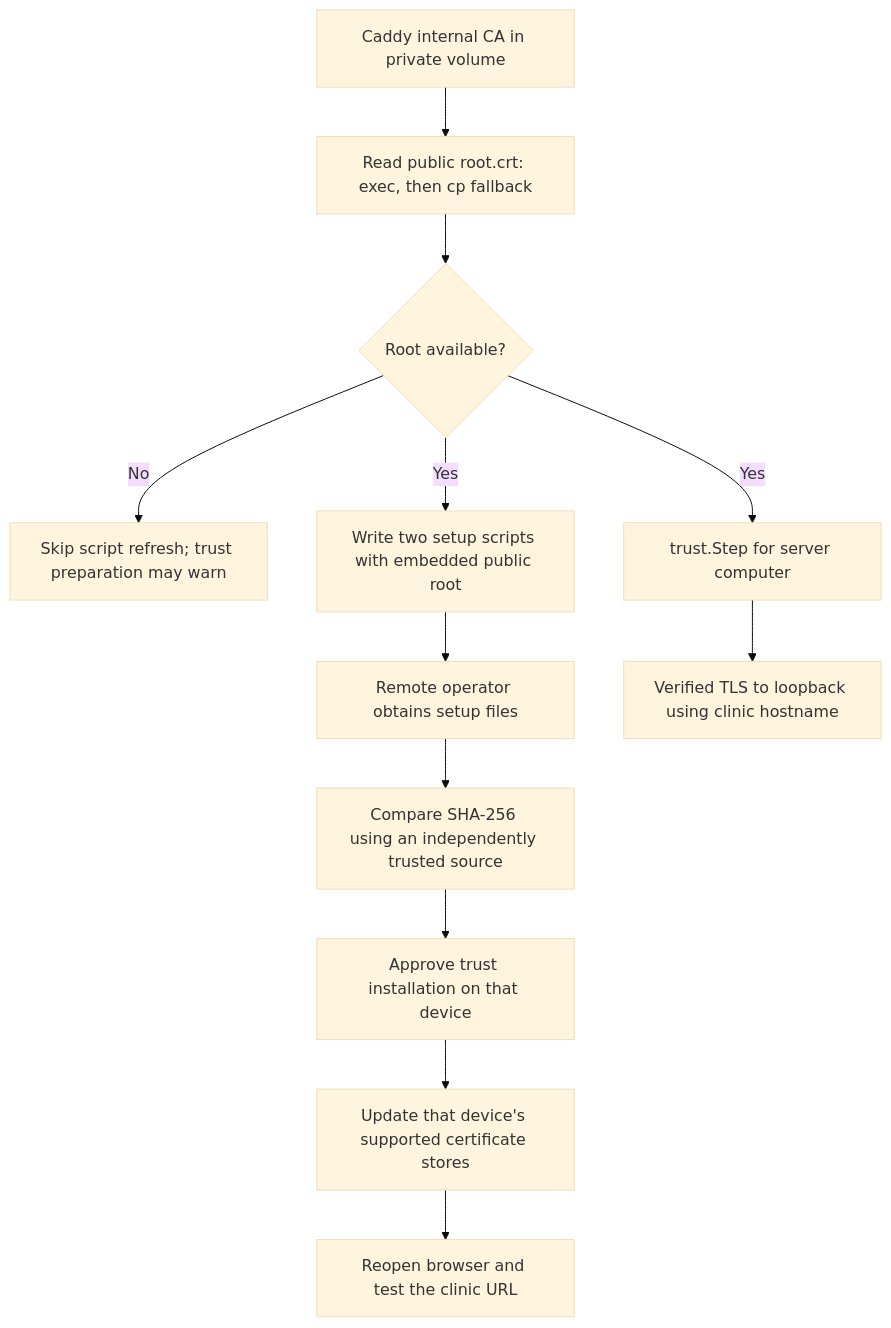
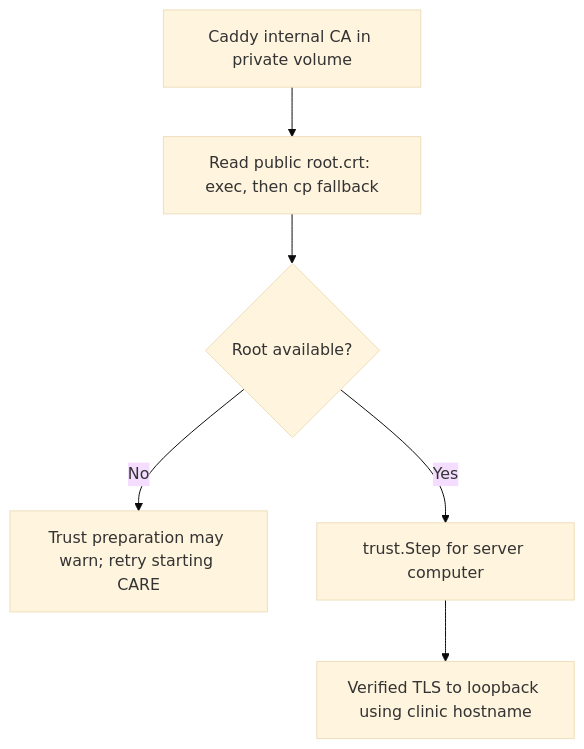
Before and after one commit to ohcnetwork/care_desktop: the third of 6 diagrams in docs/native-integrations.md, drawn with Mermaid (base theme). The commit also changed other lines of this file and 50 other files, not shown here.

````diff
--- a/docs/native-integrations.md
+++ b/docs/native-integrations.md
@@ -510,14 +539,8 @@
 ```mermaid
 flowchart TD
     Caddy["Caddy internal CA in private volume"] --> Root["Read public root.crt: exec, then cp fallback"]
     Root --> Available{"Root available?"}
-    Available -- No --> Deferred["Skip script refresh; trust preparation may warn"]
+    Available -- No --> Deferred["Trust preparation may warn; retry starting CARE"]
     Available -- Yes --> Local["trust.Step for server computer"]
-    Available -- Yes --> Scripts["Write two setup scripts with embedded public root"]
-    Scripts --> Download["Remote operator obtains setup files"]
-    Download --> Compare["Compare SHA-256 using an independently trusted source"]
-    Compare --> Approve["Approve trust installation on that device"]
-    Approve --> Store["Update that device's supported certificate stores"]
-    Store --> Browser["Reopen browser and test the clinic URL"]
     Local --> LocalCheck["Verified TLS to loopback using clinic hostname"]
 ```
````
